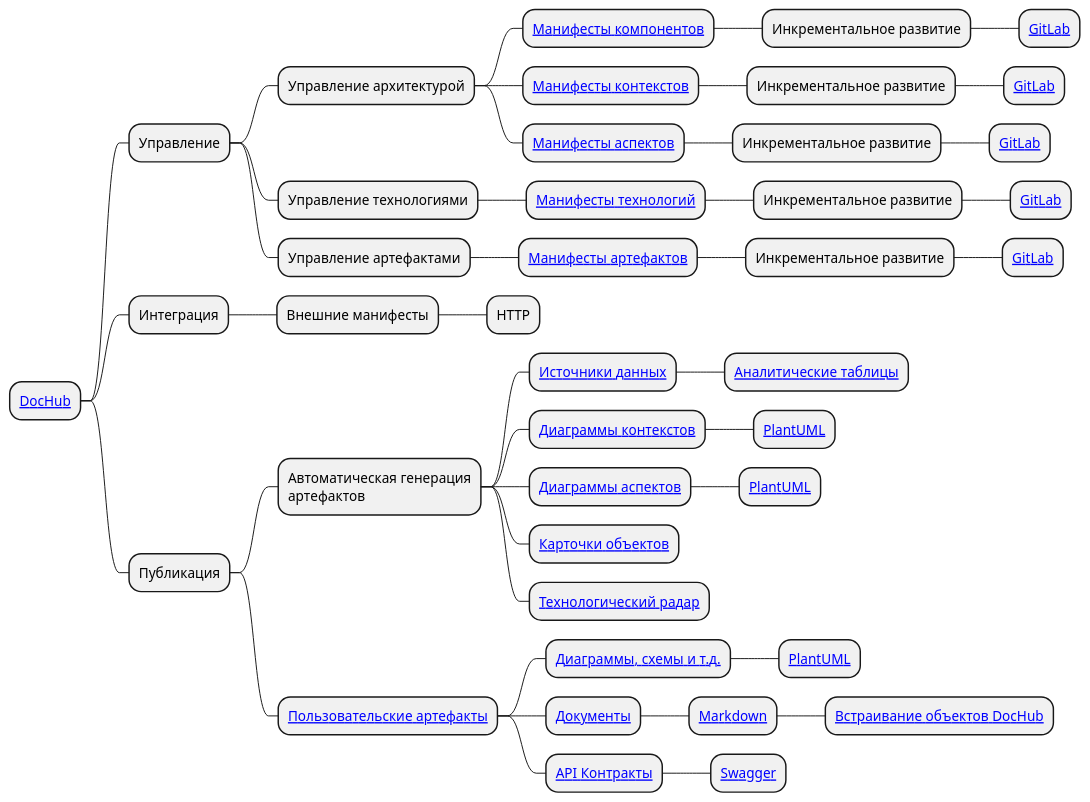
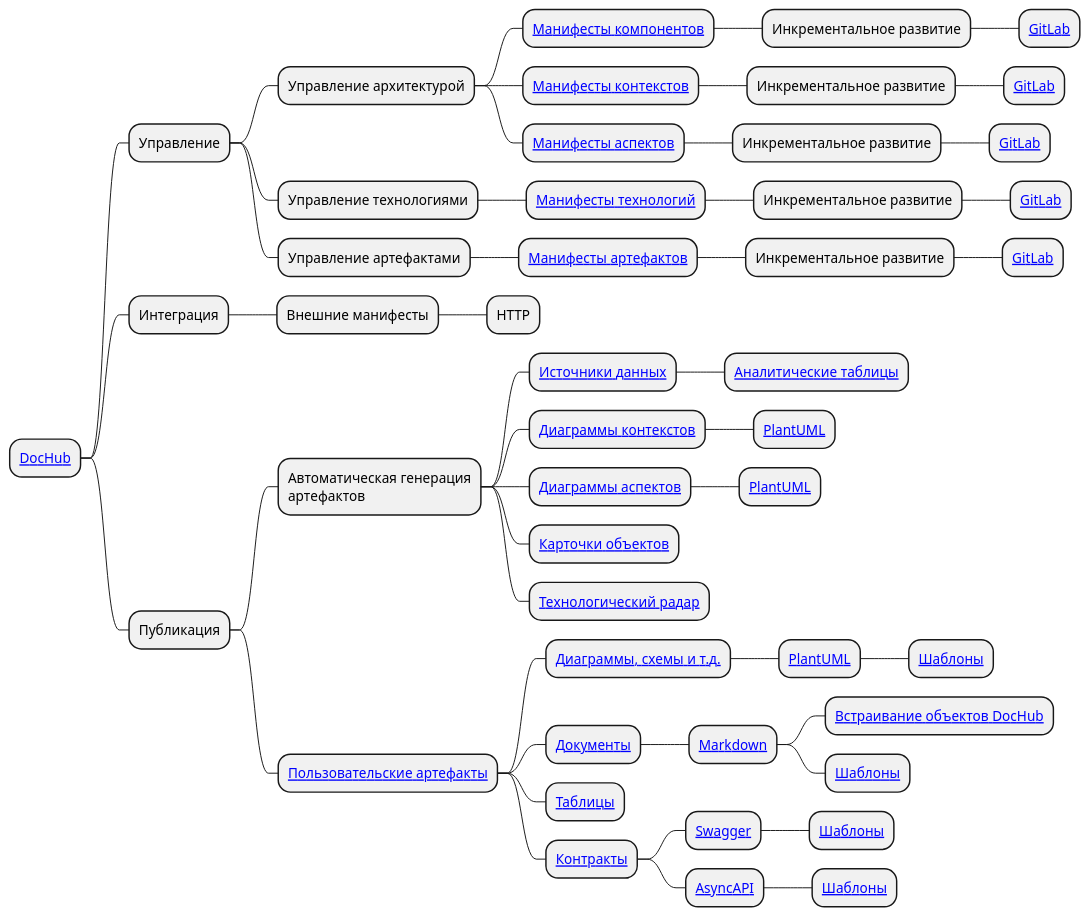
Before and after one commit to ypolosov/DocHub: the diagram in public/documentation/docs/conception/mindmap.puml, drawn with PlantUML.

Commit message:
Доработана MindMap инструмента

```diff
--- a/public/documentation/docs/conception/mindmap.puml
+++ b/public/documentation/docs/conception/mindmap.puml
@@ -1,43 +1,49 @@
 @startmindmap
 * [[https://github.com/RabotaRu/DocHub DocHub]]
 ** Управление
 *** Управление архитектурой
 **** [[/docs/dochub.components Манифесты компонентов]]
 ***** Инкрементальное развитие
 ****** [[https://about.gitlab.com/ GitLab]]
 **** [[/docs/dochub.contexts Манифесты контекстов]]
 ***** Инкрементальное развитие
 ****** [[https://about.gitlab.com/ GitLab]]
 **** [[/docs/dochub.aspects Манифесты аспектов]]
 ***** Инкрементальное развитие
 ****** [[https://about.gitlab.com/ GitLab]]
 *** Управление технологиями
 **** [[/docs/dochub.technologies Манифесты технологий]]
 ***** Инкрементальное развитие
 ****** [[https://about.gitlab.com/ GitLab]]
 *** Управление артефактами
 **** [[/docs/dochub.docs Манифесты артефактов]]
 ***** Инкрементальное развитие
 ****** [[https://about.gitlab.com/ GitLab]]
 ** Интеграция
 *** Внешние манифесты
 **** HTTP
 ** Публикация
 *** Автоматическая генерация\nартефактов
 **** [[/docs/dochub.datasets Источники данных]]
 ***** [[/docs/dochub.tables Аналитические таблицы]]
 **** [[/docs/dochub.contexts Диаграммы контекстов]]
 ***** [[https://plantuml.com/ PlantUML]]
 **** [[/docs/dochub.aspects Диаграммы аспектов]]
 ***** [[https://plantuml.com/ PlantUML]]
 **** [[/docs/dochub.forms Карточки объектов]]
 **** [[/docs/dochub.radar Технологический радар]]
 *** [[/docs/dochub.docs Пользовательские артефакты]]
 **** [[/docs/dochub.docs#plantuml Диаграммы, схемы и т.д.]]
 ***** [[https://plantuml.com/ PlantUML]]
+****** [[/docs/dochub.templates#plantuml Шаблоны]]
 **** [[/docs/dochub.docs#markdown Документы]]
 ***** [[https://ru.wikipedia.org/wiki/Markdown Markdown]]
 ****** [[/docs/dochub.docs#markdown Встраивание объектов DocHub]]
-**** [[/docs/dochub.docs#swagger API Контракты]]
+****** [[/docs/dochub.templates#markdown Шаблоны]]
+**** [[/docs/dochub.tables Таблицы]]
+**** [[/docs/dochub.docs#swagger Контракты]]
 ***** [[https://swagger.io/ Swagger]]
+****** [[/docs/dochub.templates#openapi Шаблоны]]
+***** [[https://www.asyncapi.com/ AsyncAPI]]
+****** [[/docs/dochub.templates#asyncapi Шаблоны]]
 @endmindmap
```
